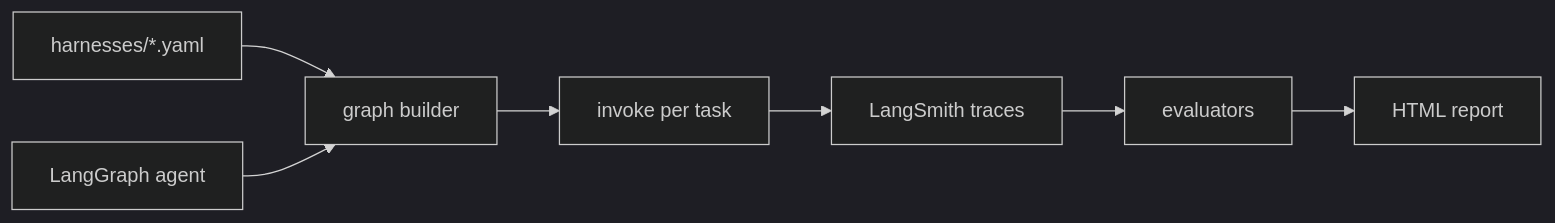
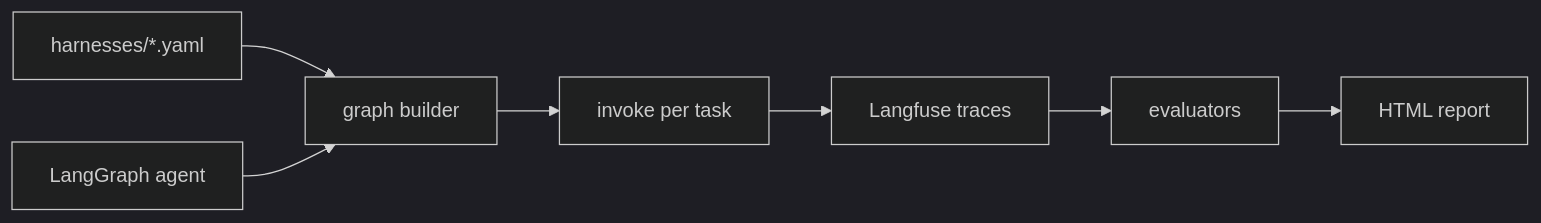
One commit to HOSH19/HarnessLab changed the diagram in README.md. Above: the diagram before and after it, drawn with Mermaid (dark theme). The commit also changed other lines of this file and 32 other files, not shown here.

First line of the commit message:
Migrate observability and evaluation from LangSmith to Langfuse

````diff
--- a/README.md
+++ b/README.md
@@ -11,9 +11,9 @@
 ```mermaid
 flowchart LR
     YAML[harnesses/*.yaml] --> Builder[graph builder]
     Graph[LangGraph agent] --> Builder
     Builder --> Run[invoke per task]
-    Run --> LS[LangSmith traces]
-    LS --> Eval[evaluators]
+    Run --> LF[Langfuse traces]
+    LF --> Eval[evaluators]
     Eval --> Report[HTML report]
 ```
````
